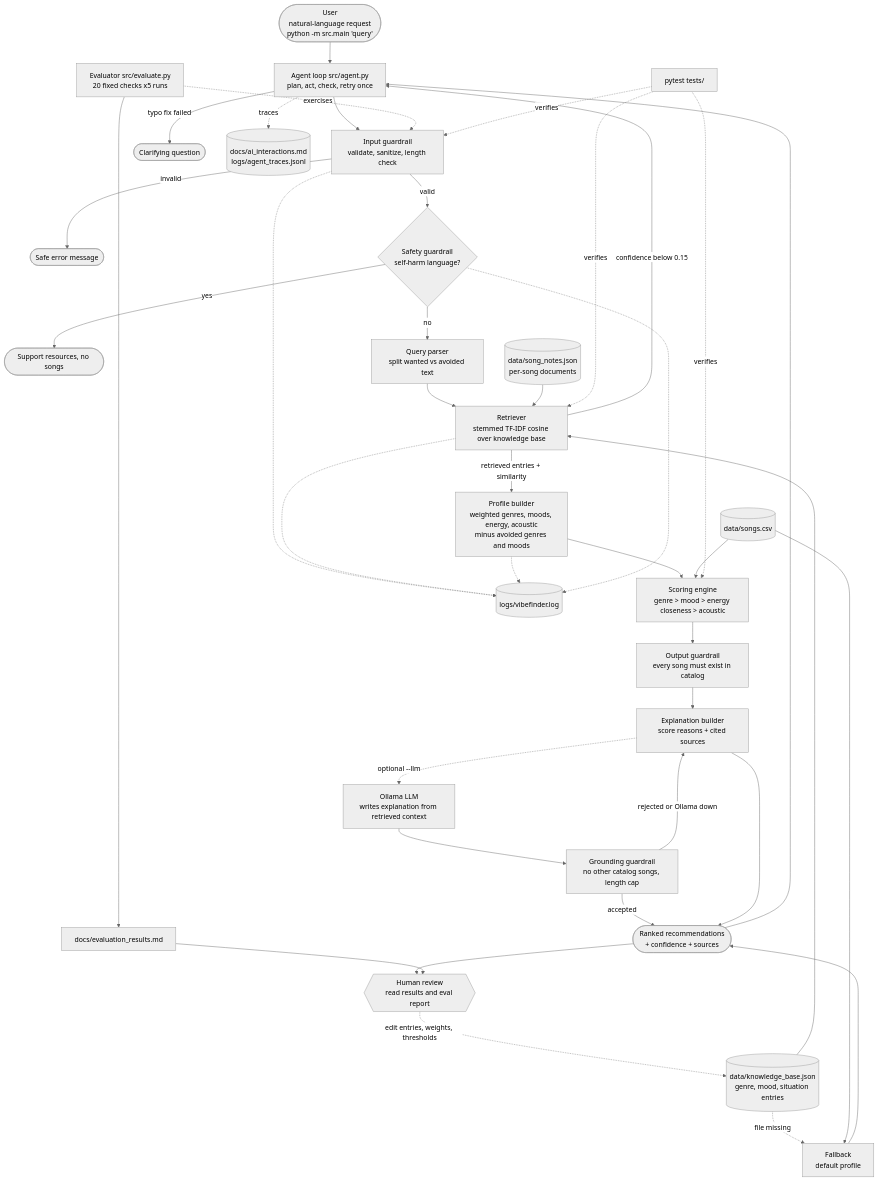
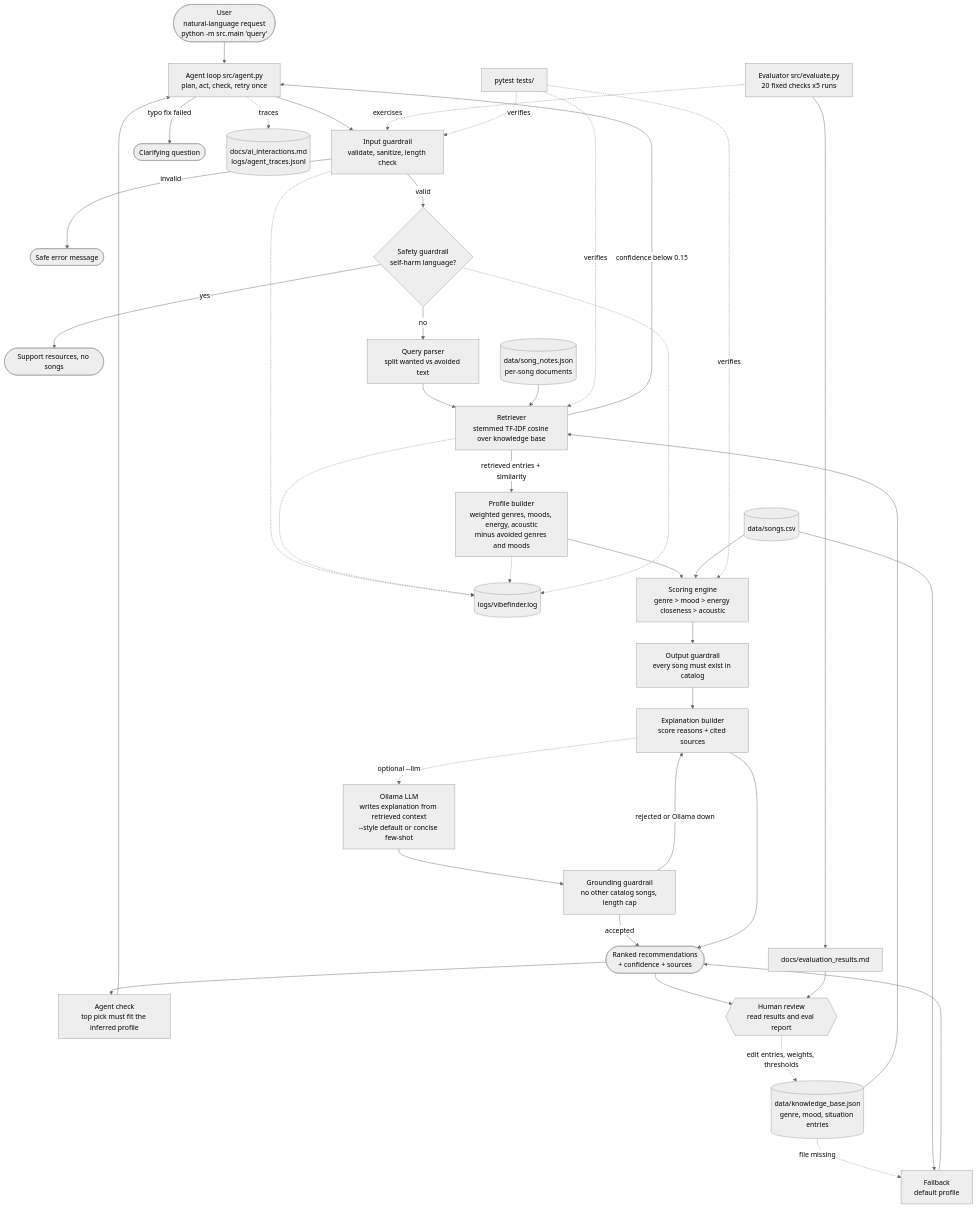
The diagram in diagrams/architecture.mmd (ferihao/applied-ai-system-final), drawn with Mermaid (neutral theme) before and after one commit. The commit also changed 2 other files, not shown here.

Commit message:
Rubric audit fixes: baseline vs specialized comparison and future work in model card, diagram updates, clearer AI collaboration

```diff
--- a/diagrams/architecture.mmd
+++ b/diagrams/architecture.mmd
@@ -1,48 +1,49 @@
 flowchart TD
     %% INPUT
     U([User<br/>natural-language request<br/>python -m src.main 'query']) --> AG[Agent loop src/agent.py<br/>plan, act, check, retry once]
     AG --> G1[Input guardrail<br/>validate, sanitize, length check]
     G1 -- invalid --> ERR([Safe error message])
     G1 -- valid --> SAFE{Safety guardrail<br/>self-harm language?}
     SAFE -- yes --> HELP([Support resources, no songs])
 
     %% RETRIEVAL
     SAFE -- no --> QP[Query parser<br/>split wanted vs avoided text]
     QP --> RET[Retriever<br/>stemmed TF-IDF cosine over knowledge base]
     KB[(data/knowledge_base.json<br/>genre, mood, situation entries)] --> RET
     SN[(data/song_notes.json<br/>per-song documents)] --> RET
     RET -- confidence below 0.15 --> AG
     AG -- typo fix failed --> ASK([Clarifying question])
     KB -. file missing .-> FB[Fallback<br/>default profile]
 
     %% GENERATION
     RET -- retrieved entries + similarity --> PROF[Profile builder<br/>weighted genres, moods, energy, acoustic<br/>minus avoided genres and moods]
     PROF --> SC[Scoring engine<br/>genre > mood > energy closeness > acoustic]
     SONGS[(data/songs.csv)] --> SC
     SONGS --> FB
     SC --> G2[Output guardrail<br/>every song must exist in catalog]
     G2 --> EXP[Explanation builder<br/>score reasons + cited sources]
-    EXP -. optional --llm .-> LLM[Ollama LLM<br/>writes explanation from retrieved context]
+    EXP -. optional --llm .-> LLM[Ollama LLM<br/>writes explanation from retrieved context<br/>--style default or concise few-shot]
     LLM --> G3[Grounding guardrail<br/>no other catalog songs, length cap]
     G3 -- rejected or Ollama down --> EXP
     G3 -- accepted --> OUT
     FB --> OUT
     EXP --> OUT([Ranked recommendations<br/>+ confidence + sources])
 
     %% LOGGING
     G1 -.-> LOG[(logs/vibefinder.log)]
     RET -.-> LOG
     PROF -.-> LOG
     SAFE -.-> LOG
 
     %% TESTING AND HUMAN REVIEW
     EVAL[Evaluator src/evaluate.py<br/>20 fixed checks x5 runs] -. exercises .-> G1
     EVAL --> REP[docs/evaluation_results.md]
     UT[pytest tests/] -. verifies .-> RET
     UT -. verifies .-> G1
     UT -. verifies .-> SC
-    OUT --> AG
+    OUT --> CHK[Agent check<br/>top pick must fit the inferred profile]
+    CHK --> AG
     AG -. traces .-> TR[(docs/ai_interactions.md<br/>logs/agent_traces.jsonl)]
     OUT --> H{{Human review<br/>read results and eval report}}
     REP --> H
     H -. edit entries, weights, thresholds .-> KB
```
